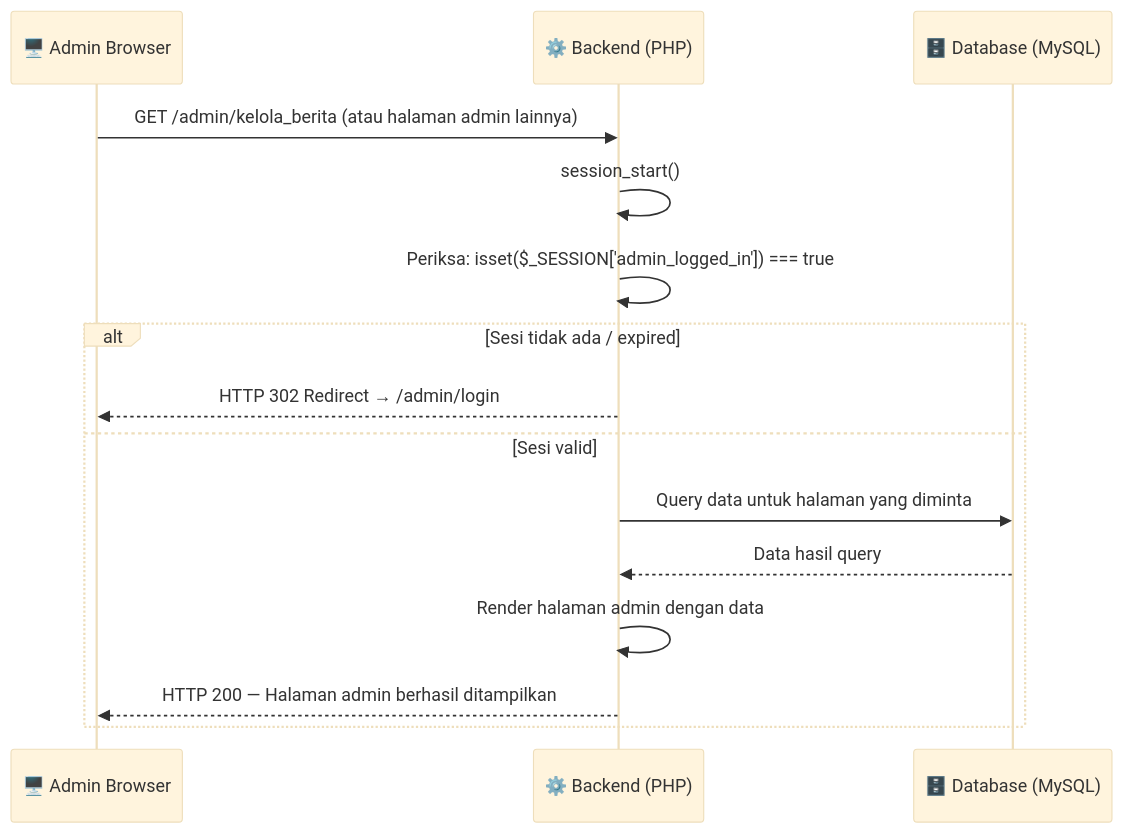
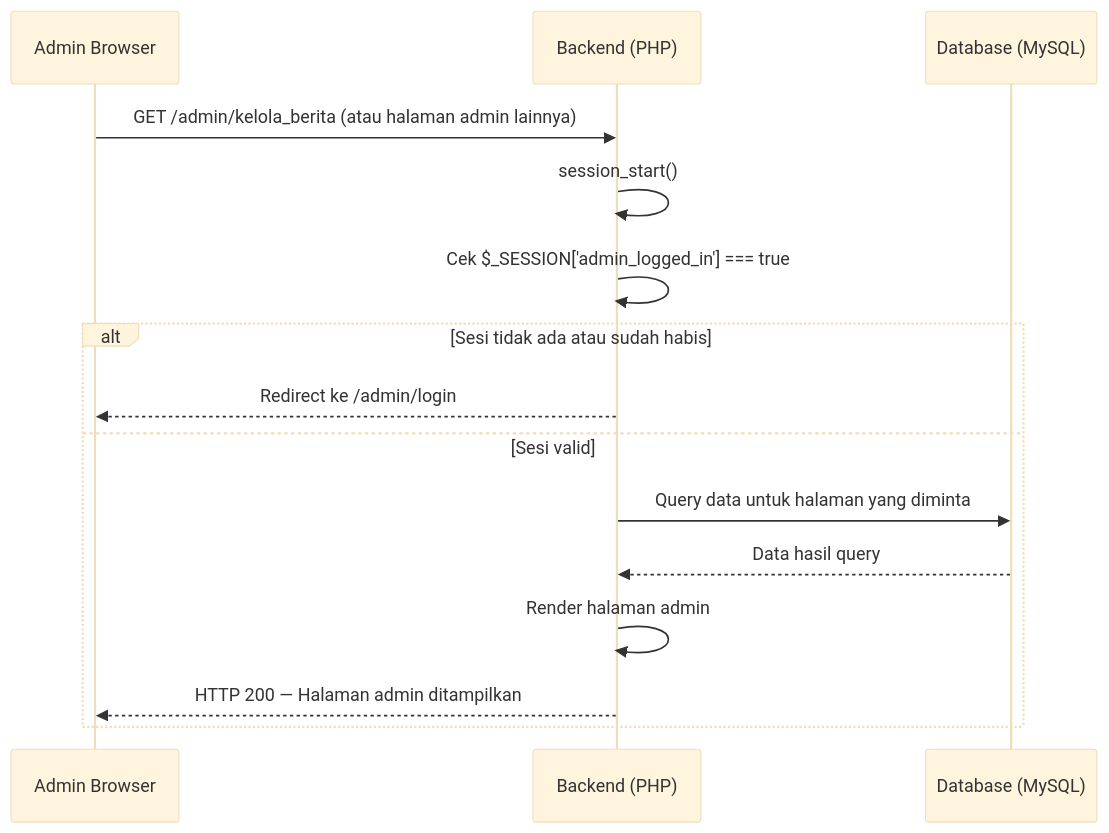
The ninth of 11 diagrams in docs/02_SEQUENCE_DIAGRAM.md (arbain-dev/Web_fikom), drawn with Mermaid (base theme) before and after one commit. The commit also changed other lines of this file, not shown here.

Commit message:
docs(seq): buat ulang sequence diagram dengan penjelasan naratif sederhana di bawah setiap diagram

````diff
--- a/docs/02_SEQUENCE_DIAGRAM.md
+++ b/docs/02_SEQUENCE_DIAGRAM.md
@@ -222,18 +269,18 @@
 ```mermaid
 sequenceDiagram
-    participant FE as 🖥️ Admin Browser
-    participant BE as ⚙️ Backend (PHP)
-    participant DB as 🗄️ Database (MySQL)
+    participant FE as Admin Browser
+    participant BE as Backend (PHP)
+    participant DB as Database (MySQL)
 
     FE->>BE: GET /admin/kelola_berita (atau halaman admin lainnya)
     BE->>BE: session_start()
-    BE->>BE: Periksa: isset($_SESSION['admin_logged_in']) === true
-    alt Sesi tidak ada / expired
-        BE-->>FE: HTTP 302 Redirect → /admin/login
+    BE->>BE: Cek $_SESSION['admin_logged_in'] === true
+    alt Sesi tidak ada atau sudah habis
+        BE-->>FE: Redirect ke /admin/login
     else Sesi valid
         BE->>DB: Query data untuk halaman yang diminta
         DB-->>BE: Data hasil query
-        BE->>BE: Render halaman admin dengan data
-        BE-->>FE: HTTP 200 — Halaman admin berhasil ditampilkan
+        BE->>BE: Render halaman admin
+        BE-->>FE: HTTP 200 — Halaman admin ditampilkan
     end
 ```
````
